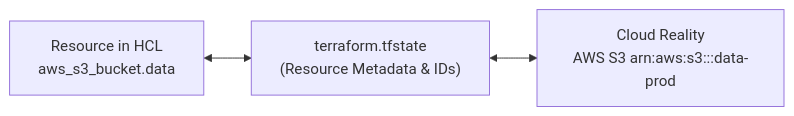
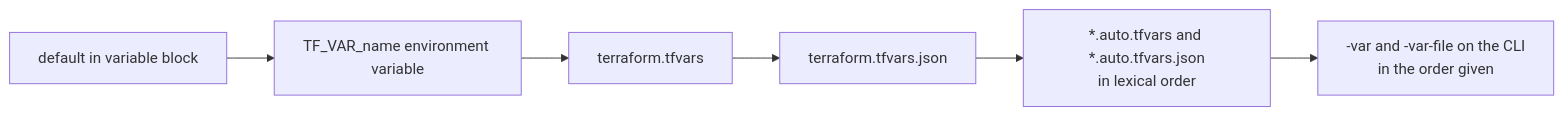
One commit to TheLearningHubOrg/learn-terraform changed diagram 12 of 28 in README.md. Above: the diagram before and after it, drawn with Mermaid. The commit also changed other lines of this file and 31 other files, not shown here.

````diff
--- a/README.md
+++ b/README.md
@@ -440,5 +1184,8 @@
 ```mermaid
 flowchart LR
-    A["Resource in HCL<br/>aws_s3_bucket.data"] <--> B["terraform.tfstate<br/>(Resource Metadata & IDs)"]
-    B <--> C["Cloud Reality<br/>AWS S3 arn:aws:s3:::data-prod"]
+    A["default in variable block"] --> B["TF_VAR_name environment variable"]
+    B --> C["terraform.tfvars"]
+    C --> D["terraform.tfvars.json"]
+    D --> E["*.auto.tfvars and *.auto.tfvars.json<br/>in lexical order"]
+    E --> F["-var and -var-file on the CLI<br/>in the order given"]
 ```
````
